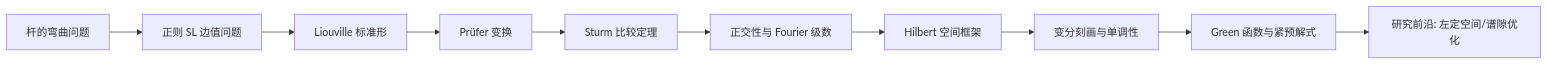
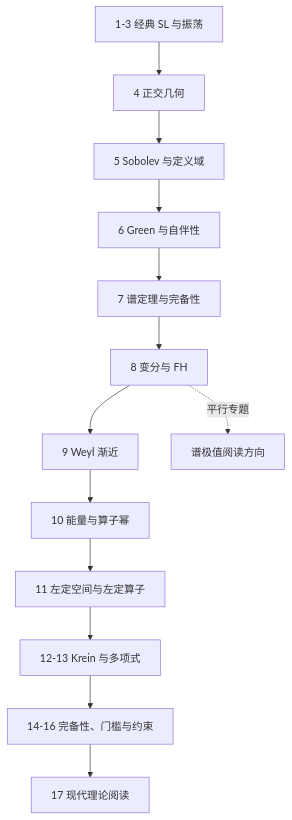
The diagram in SL谱理论/讲义/00_SL谱理论讲义总览.md (xsoc1/math-notes), drawn with Mermaid before and after one commit. The commit also changed other lines of this file and 30 other files, not shown here.

````diff
--- a/SL谱理论/讲义/00_SL谱理论讲义总览.md
+++ b/SL谱理论/讲义/00_SL谱理论讲义总览.md
@@ -27,12 +15,15 @@
 ```mermaid
-graph LR
-    A[杆的弯曲问题] --> B[正则 SL 边值问题]
-    B --> C[Liouville 标准形]
-    C --> D[Prüfer 变换]
-    D --> E[Sturm 比较定理]
-    E --> F[正交性与 Fourier 级数]
-    F --> G[Hilbert 空间框架]
-    G --> H[变分刻画与单调性]
-    H --> I[Green 函数与紧预解式]
-    I --> J[研究前沿: 左定空间/谱隙优化]
+flowchart TD
+ A[1-3 经典 SL 与振荡] --> B[4 正交几何]
+ B --> C[5 Sobolev 与定义域]
+ C --> D[6 Green 与自伴性]
+ D --> E[7 谱定理与完备性]
+ E --> F[8 变分与 FH]
+ F --> G[9 Weyl 渐近]
+ G --> H[10 能量与算子幂]
+ H --> I[11 左定空间与左定算子]
+ I --> J[12-13 Krein 与多项式]
+ J --> K[14-16 完备性、门槛与约束]
+ K --> L[17 现代理论阅读]
+ F -.平行专题.-> M[谱极值阅读方向]
 ```
````
